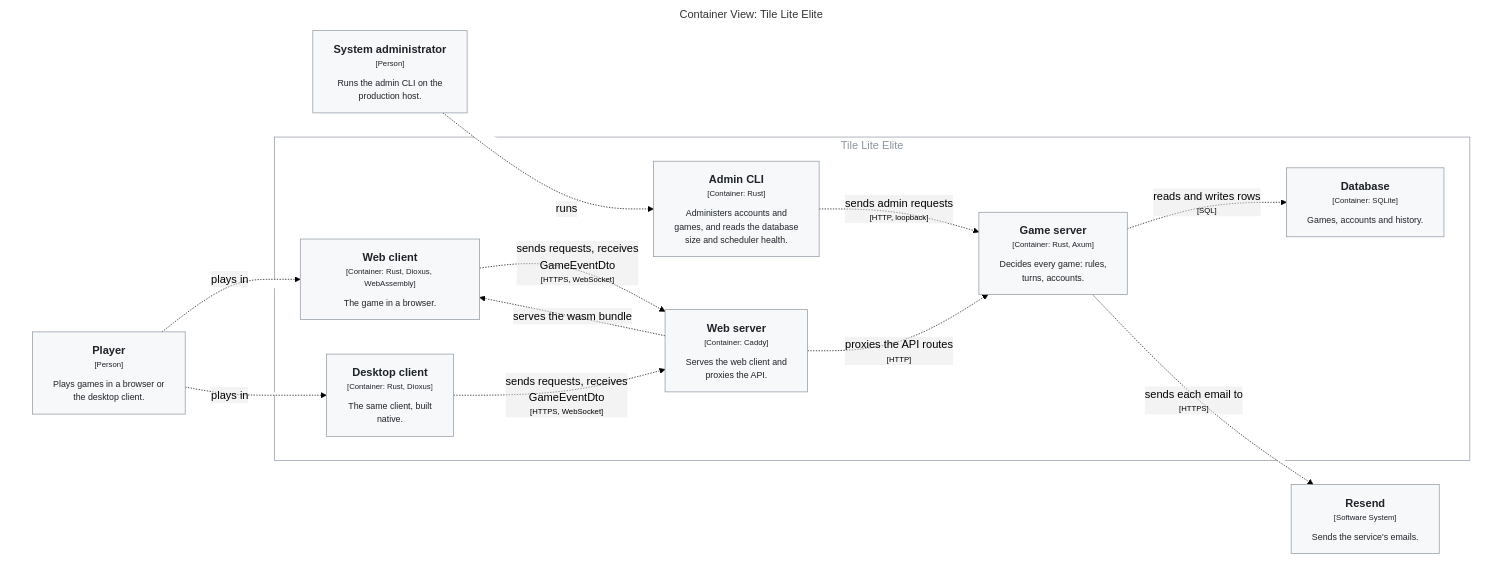
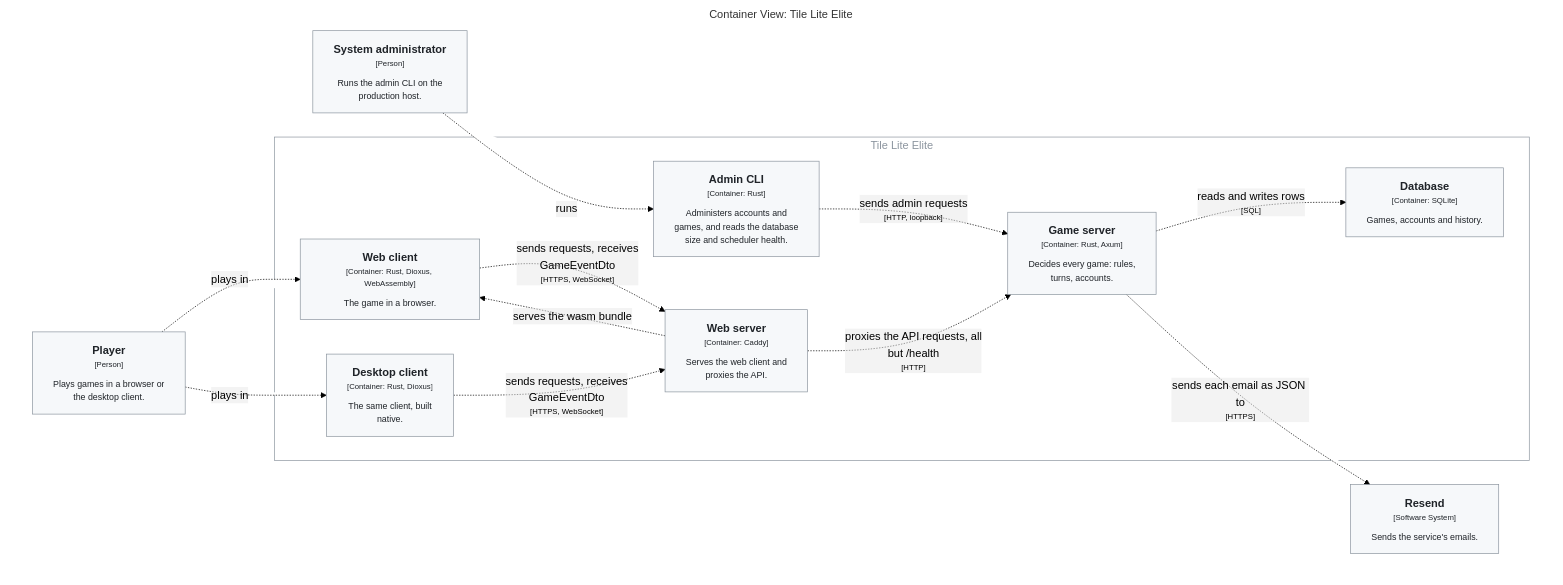
Before and after one commit to delphside/tile-lite-elite: the first of 5 diagrams in docs/4.2.0-design-map.md, drawn with Mermaid (forest theme). The commit also changed other lines of this file and 5 other files, not shown here.

````diff
--- a/docs/4.2.0-design-map.md
+++ b/docs/4.2.0-design-map.md
@@ -12,44 +12,44 @@
 ```mermaid
 graph TB
   linkStyle default fill:#ffffff
 
   subgraph diagram ["Container View: Tile Lite Elite"]
     style diagram fill:#ffffff,stroke:#ffffff
 
     1["<div style='font-weight: bold'>Player</div><div style='font-size: 70%; margin-top: 0px'>[Person]</div><div style='font-size: 80%; margin-top:10px'>Plays games in a browser or<br />the desktop client.</div>"]
     style 1 fill:#f6f8fa,stroke:#8c959f,color:#1f2328
     2["<div style='font-weight: bold'>System administrator</div><div style='font-size: 70%; margin-top: 0px'>[Person]</div><div style='font-size: 80%; margin-top:10px'>Runs the admin CLI on the<br />production host.</div>"]
     style 2 fill:#f6f8fa,stroke:#8c959f,color:#1f2328
     3["<div style='font-weight: bold'>Resend</div><div style='font-size: 70%; margin-top: 0px'>[Software System]</div><div style='font-size: 80%; margin-top:10px'>Sends the service's emails.</div>"]
     style 3 fill:#f6f8fa,stroke:#8c959f,color:#1f2328
 
     subgraph 4 ["Tile Lite Elite"]
       style 4 fill:#ffffff,stroke:#8c959f,color:#8c959f
 
       27["<div style='font-weight: bold'>Database</div><div style='font-size: 70%; margin-top: 0px'>[Container: SQLite]</div><div style='font-size: 80%; margin-top:10px'>Games, accounts and history.</div>"]
       style 27 fill:#f6f8fa,stroke:#8c959f,color:#1f2328
       5["<div style='font-weight: bold'>Web client</div><div style='font-size: 70%; margin-top: 0px'>[Container: Rust, Dioxus, WebAssembly]</div><div style='font-size: 80%; margin-top:10px'>The game in a browser.</div>"]
       style 5 fill:#f6f8fa,stroke:#8c959f,color:#1f2328
       6["<div style='font-weight: bold'>Desktop client</div><div style='font-size: 70%; margin-top: 0px'>[Container: Rust, Dioxus]</div><div style='font-size: 80%; margin-top:10px'>The same client, built<br />native.</div>"]
       style 6 fill:#f6f8fa,stroke:#8c959f,color:#1f2328
       7["<div style='font-weight: bold'>Web server</div><div style='font-size: 70%; margin-top: 0px'>[Container: Caddy]</div><div style='font-size: 80%; margin-top:10px'>Serves the web client and<br />proxies the API.</div>"]
       style 7 fill:#f6f8fa,stroke:#8c959f,color:#1f2328
       8["<div style='font-weight: bold'>Admin CLI</div><div style='font-size: 70%; margin-top: 0px'>[Container: Rust]</div><div style='font-size: 80%; margin-top:10px'>Administers accounts and<br />games, and reads the database<br />size and scheduler health.</div>"]
       style 8 fill:#f6f8fa,stroke:#8c959f,color:#1f2328
       9["<div style='font-weight: bold'>Game server</div><div style='font-size: 70%; margin-top: 0px'>[Container: Rust, Axum]</div><div style='font-size: 80%; margin-top:10px'>Decides every game: rules,<br />turns, accounts.</div>"]
       style 9 fill:#f6f8fa,stroke:#8c959f,color:#1f2328
     end
 
     1-. "<div>plays in</div><div style='font-size: 70%'></div>" .->5
     1-. "<div>plays in</div><div style='font-size: 70%'></div>" .->6
     2-. "<div>runs</div><div style='font-size: 70%'></div>" .->8
     7-. "<div>serves the wasm bundle</div><div style='font-size: 70%'></div>" .->5
     5-. "<div>sends requests, receives<br />GameEventDto</div><div style='font-size: 70%'>[HTTPS, WebSocket]</div>" .->7
     6-. "<div>sends requests, receives<br />GameEventDto</div><div style='font-size: 70%'>[HTTPS, WebSocket]</div>" .->7
-    7-. "<div>proxies the API routes</div><div style='font-size: 70%'>[HTTP]</div>" .->9
+    7-. "<div>proxies the API requests, all<br />but /health</div><div style='font-size: 70%'>[HTTP]</div>" .->9
     8-. "<div>sends admin requests</div><div style='font-size: 70%'>[HTTP, loopback]</div>" .->9
     9-. "<div>reads and writes rows</div><div style='font-size: 70%'>[SQL]</div>" .->27
-    9-. "<div>sends each email to</div><div style='font-size: 70%'>[HTTPS]</div>" .->3
+    9-. "<div>sends each email as JSON to</div><div style='font-size: 70%'>[HTTPS]</div>" .->3
 
   end
 ```
````
